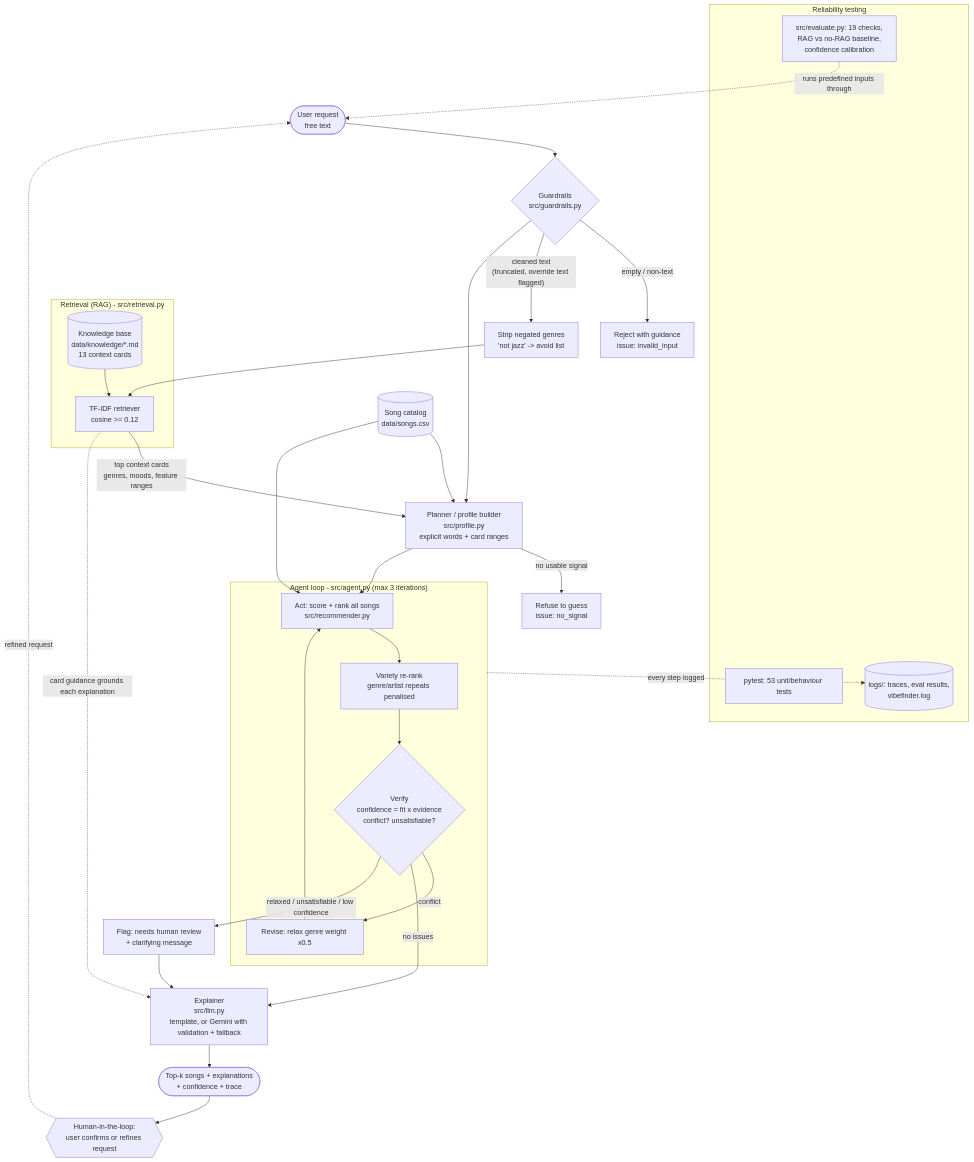
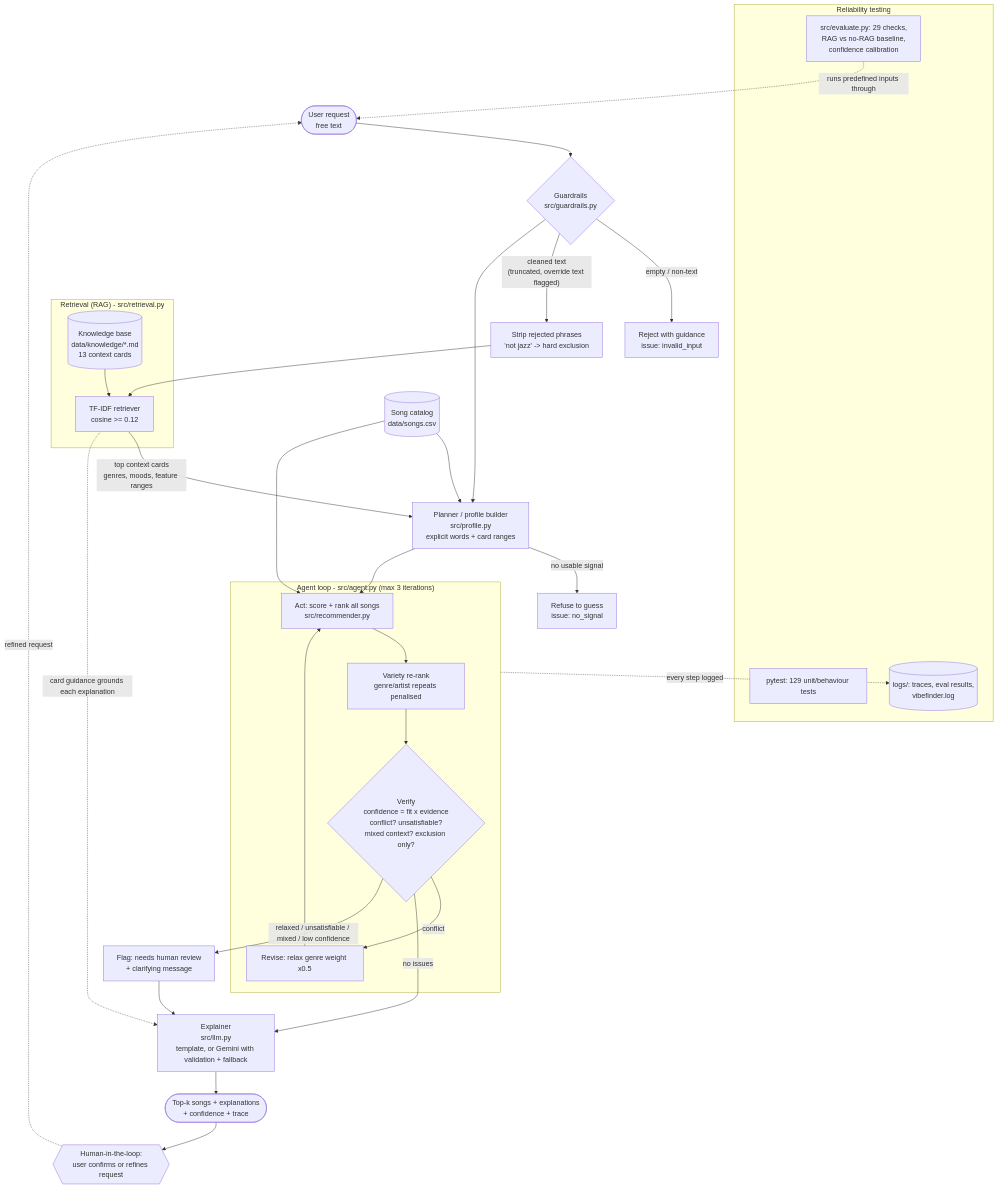
One commit to hassan47khan/applied-ai-system-project changed the diagram in diagrams/architecture.md. Above: the diagram before and after it, drawn with Mermaid. The commit also changed 15 other files, not shown here.

````diff
--- a/diagrams/architecture.md
+++ b/diagrams/architecture.md
@@ -3,46 +3,46 @@
 ```mermaid
 flowchart TD
     U([User request<br/>free text]) --> G{Guardrails<br/>src/guardrails.py}
     G -- "empty / non-text" --> RJ[Reject with guidance<br/>issue: invalid_input]
-    G -- "cleaned text<br/>(truncated, override text flagged)" --> NEG[Strip negated genres<br/>'not jazz' -> avoid list]
+    G -- "cleaned text<br/>(truncated, override text flagged)" --> NEG[Strip rejected phrases<br/>'not jazz' -> hard exclusion]
 
     subgraph RAG["Retrieval (RAG) - src/retrieval.py"]
         KB[(Knowledge base<br/>data/knowledge/*.md<br/>13 context cards)]
         R[TF-IDF retriever<br/>cosine >= 0.12]
         KB --> R
     end
     NEG --> R
 
     CAT[(Song catalog<br/>data/songs.csv)] --> P
     R -- "top context cards<br/>genres, moods, feature ranges" --> P[Planner / profile builder<br/>src/profile.py<br/>explicit words + card ranges]
     G --> P
 
     P -- "no usable signal" --> NS[Refuse to guess<br/>issue: no_signal]
 
     subgraph AGENT["Agent loop - src/agent.py (max 3 iterations)"]
         A[Act: score + rank all songs<br/>src/recommender.py]
         D[Variety re-rank<br/>genre/artist repeats penalised]
-        V{Verify<br/>confidence = fit x evidence<br/>conflict? unsatisfiable?}
+        V{Verify<br/>confidence = fit x evidence<br/>conflict? unsatisfiable?<br/>mixed context? exclusion only?}
         RV[Revise: relax genre weight x0.5]
         A --> D --> V
         V -- "conflict" --> RV --> A
     end
     P --> A
     CAT --> A
 
     V -- "no issues" --> E[Explainer<br/>src/llm.py<br/>template, or Gemini with validation + fallback]
-    V -- "relaxed / unsatisfiable / low confidence" --> HR[Flag: needs human review<br/>+ clarifying message]
+    V -- "relaxed / unsatisfiable / mixed / low confidence" --> HR[Flag: needs human review<br/>+ clarifying message]
     HR --> E
     R -. "card guidance grounds each explanation" .-> E
     E --> OUT([Top-k songs + explanations<br/>+ confidence + trace])
     OUT --> H{{Human-in-the-loop:<br/>user confirms or refines request}}
     H -. "refined request" .-> U
 
     subgraph TESTING["Reliability testing"]
-        T1[pytest: 53 unit/behaviour tests]
-        T2[src/evaluate.py: 19 checks,<br/>RAG vs no-RAG baseline,<br/>confidence calibration]
+        T1[pytest: 129 unit/behaviour tests]
+        T2[src/evaluate.py: 29 checks,<br/>RAG vs no-RAG baseline,<br/>confidence calibration]
         T3[(logs/: traces, eval results,<br/>vibefinder.log)]
     end
     AGENT -. "every step logged" .-> T3
     T2 -. "runs predefined inputs through" .-> U
 ```
````
